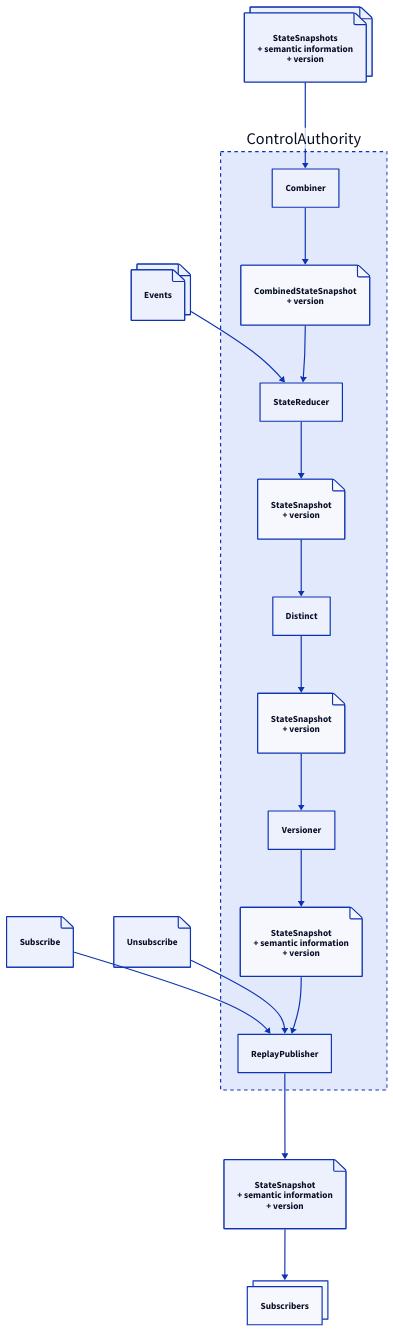
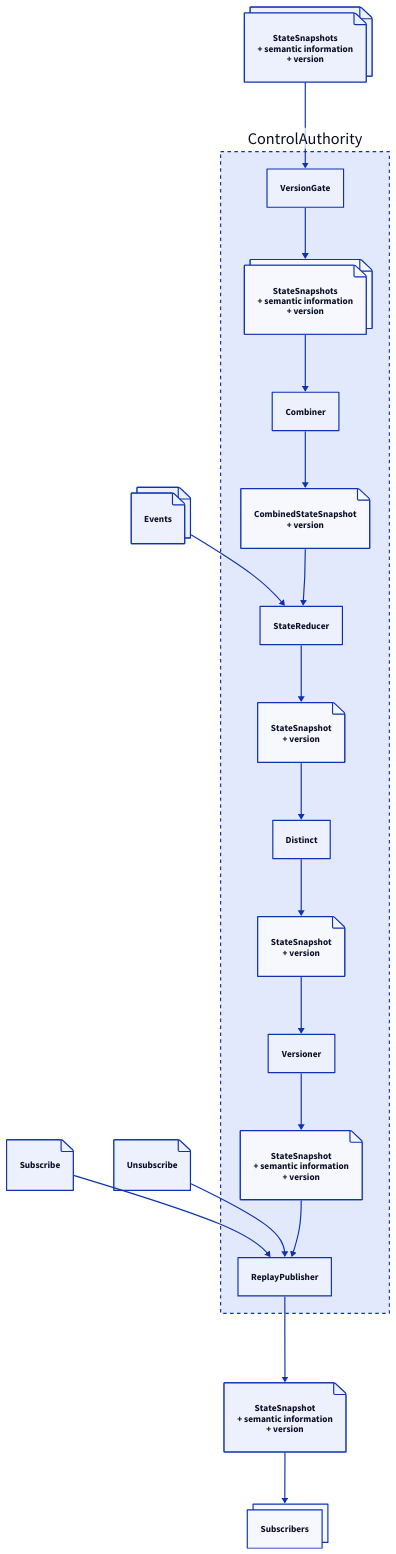
One commit to MostlyIT/nact-extensions changed the diagram in source/actors/state/control-authority/ControlAuthority.d2. Above: the diagram before and after it, drawn with D2. The commit also changed 1 other file, not shown here.

Commit message:
Authorities plan: Split the responsibility of version gating and combining state snapshots.

```diff
--- a/source/actors/state/control-authority/ControlAuthority.d2
+++ b/source/actors/state/control-authority/ControlAuthority.d2
@@ -1,65 +1,71 @@
 classes: {
   composition: {
     style.stroke-dash: 3
   }
 }
 
 # Input messages
 Events: {
   shape: page
   style.multiple: true
 }
 Events -> ControlAuthority.StateReducer
 StateSnapshots: StateSnapshots\n+ semantic information\n+ version {
   shape: page
   style.multiple: true
 }
-StateSnapshots -> ControlAuthority.Combiner
+StateSnapshots -> ControlAuthority.VersionGate
 Subscribe: {
   shape: page
 }
 Subscribe -> ControlAuthority.ReplayPublisher
 Unsubscribe: {
   shape: page
 }
 Unsubscribe -> ControlAuthority.ReplayPublisher
 
 # Main actor
 ControlAuthority: {
   class: composition
 
   # Internal actors
   Combiner
   Distinct
   ReplayPublisher
   StateReducer
   Versioner
+  VersionGate
 
   CombinedStateSnapshot: CombinedStateSnapshot\n+ version {
     shape: page
   }
   Combiner -> CombinedStateSnapshot -> StateReducer
   DistinctStateSnapshot: StateSnapshot\n+ version {
     shape: page
   }
   Distinct -> DistinctStateSnapshot -> Versioner
+  StateSnapshot: StateSnapshot\n+ version {
+    shape: page
+  }
+  StateReducer -> StateSnapshot -> Distinct
   StateSnapshotWithMetaData: StateSnapshot\n+ semantic information\n+ version {
     shape: page
   }
   Versioner -> StateSnapshotWithMetaData -> ReplayPublisher
-  StateSnapshot: StateSnapshot\n+ version {
+  StateSnapshots: StateSnapshots\n+ semantic information\n+ version {
     shape: page
+    style.multiple: true
   }
-  StateReducer -> StateSnapshot -> Distinct
+  VersionGate -> StateSnapshots -> Combiner
 }
 
 # Output messages
 OutputStateSnapshot: StateSnapshot\n+ semantic information\n+ version {
   shape: page
 }
 ControlAuthority.ReplayPublisher -> OutputStateSnapshot -> Subscribers
 
 # Environment actors
 Subscribers: {
   style.multiple: true
 }
```
